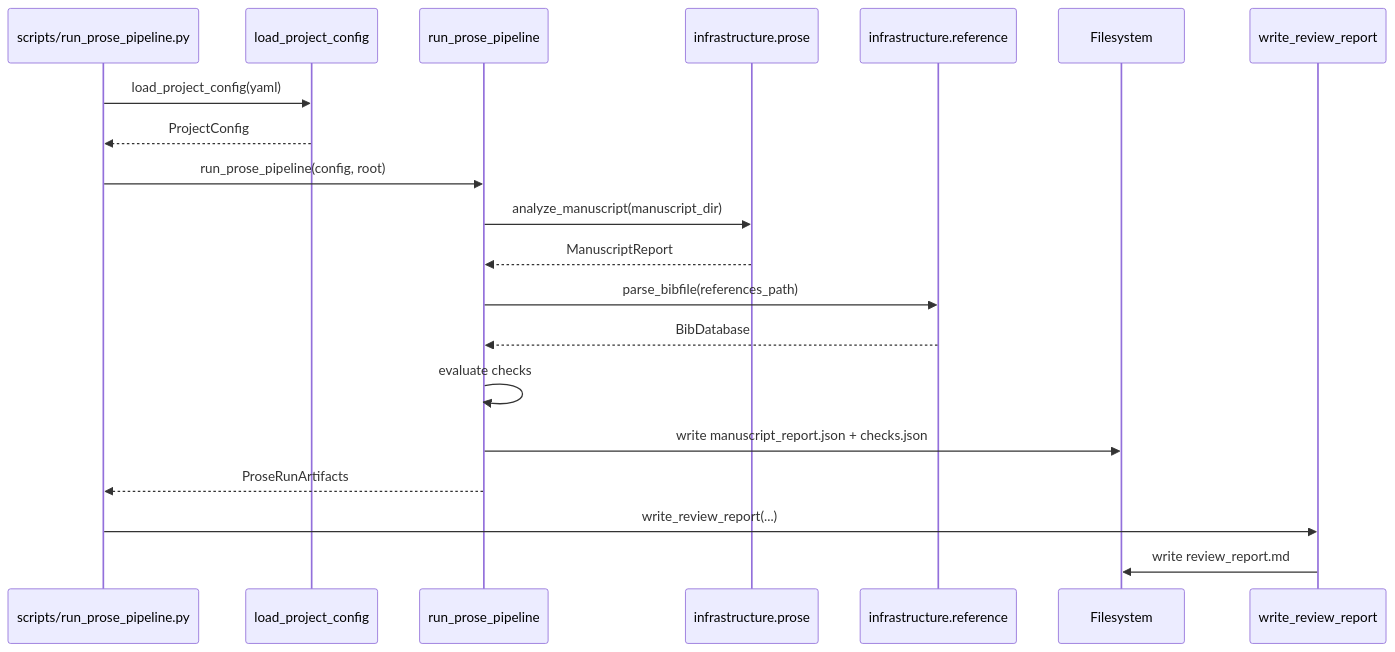
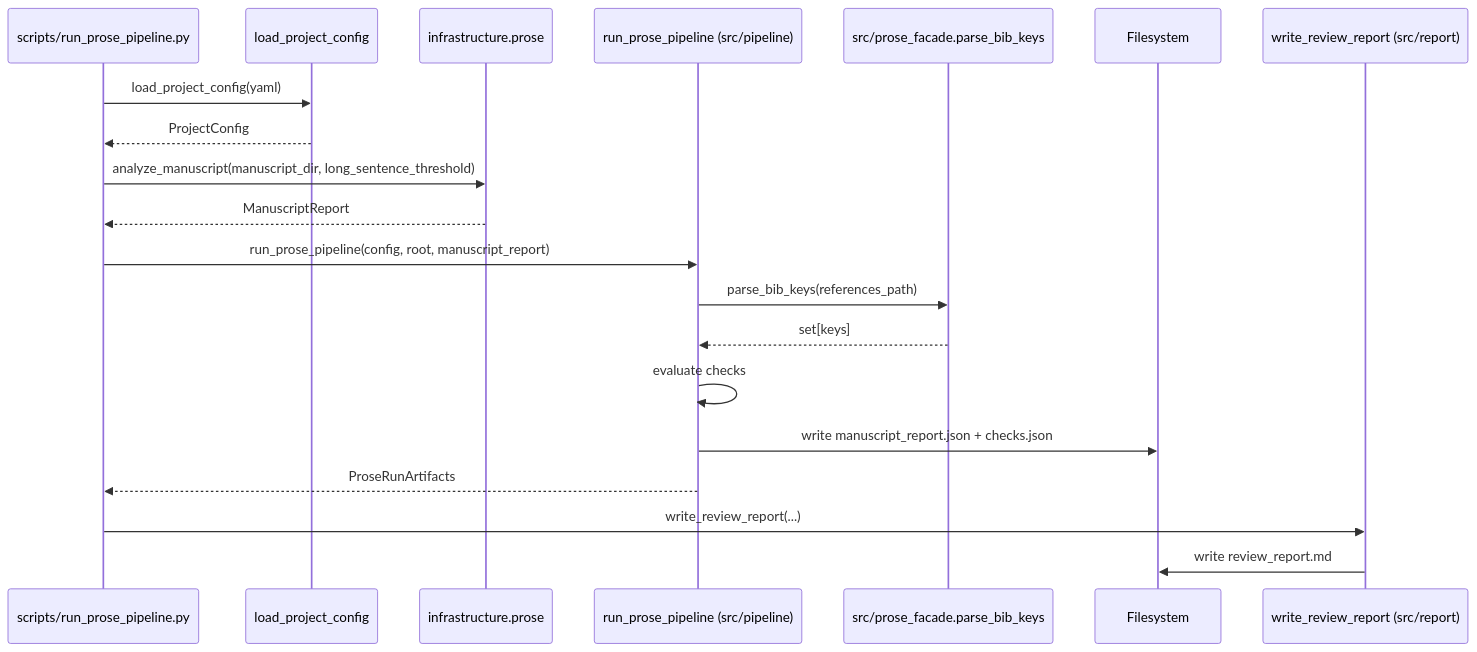
The second of 2 diagrams in projects/templates/template_prose_project/docs/architecture.md (docxology/template), drawn with Mermaid before and after one commit. The commit also changed other lines of this file and 20 other files, not shown here.

Commit message:
template_prose_project: accuracy pass aligning docs with src layer boundaries and bib cross-check

````diff
--- a/projects/templates/template_prose_project/docs/architecture.md
+++ b/projects/templates/template_prose_project/docs/architecture.md
@@ -43,23 +43,23 @@
 ```mermaid
 sequenceDiagram
     participant CLI as scripts/run_prose_pipeline.py
     participant CFG as load_project_config
-    participant PIPE as run_prose_pipeline
     participant PROSE as infrastructure.prose
-    participant REF as infrastructure.reference
+    participant PIPE as run_prose_pipeline (src/pipeline)
+    participant PF as src/prose_facade.parse_bib_keys
     participant FS as Filesystem
-    participant REP as write_review_report
+    participant REP as write_review_report (src/report)
 
     CLI->>CFG: load_project_config(yaml)
     CFG-->>CLI: ProjectConfig
-    CLI->>PIPE: run_prose_pipeline(config, root)
-    PIPE->>PROSE: analyze_manuscript(manuscript_dir)
-    PROSE-->>PIPE: ManuscriptReport
-    PIPE->>REF: parse_bibfile(references_path)
-    REF-->>PIPE: BibDatabase
+    CLI->>PROSE: analyze_manuscript(manuscript_dir, long_sentence_threshold)
+    PROSE-->>CLI: ManuscriptReport
+    CLI->>PIPE: run_prose_pipeline(config, root, manuscript_report)
+    PIPE->>PF: parse_bib_keys(references_path)
+    PF-->>PIPE: set[keys]
     PIPE->>PIPE: evaluate checks
     PIPE->>FS: write manuscript_report.json + checks.json
     PIPE-->>CLI: ProseRunArtifacts
     CLI->>REP: write_review_report(...)
     REP->>FS: write review_report.md
 ```
````
